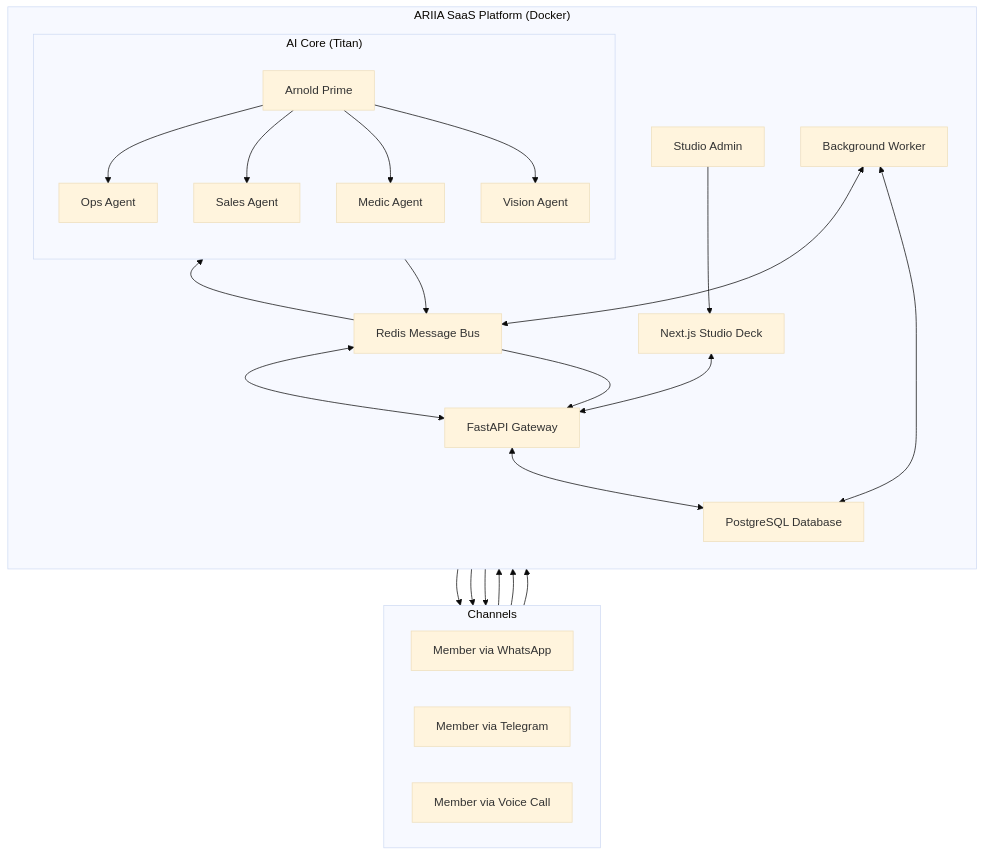
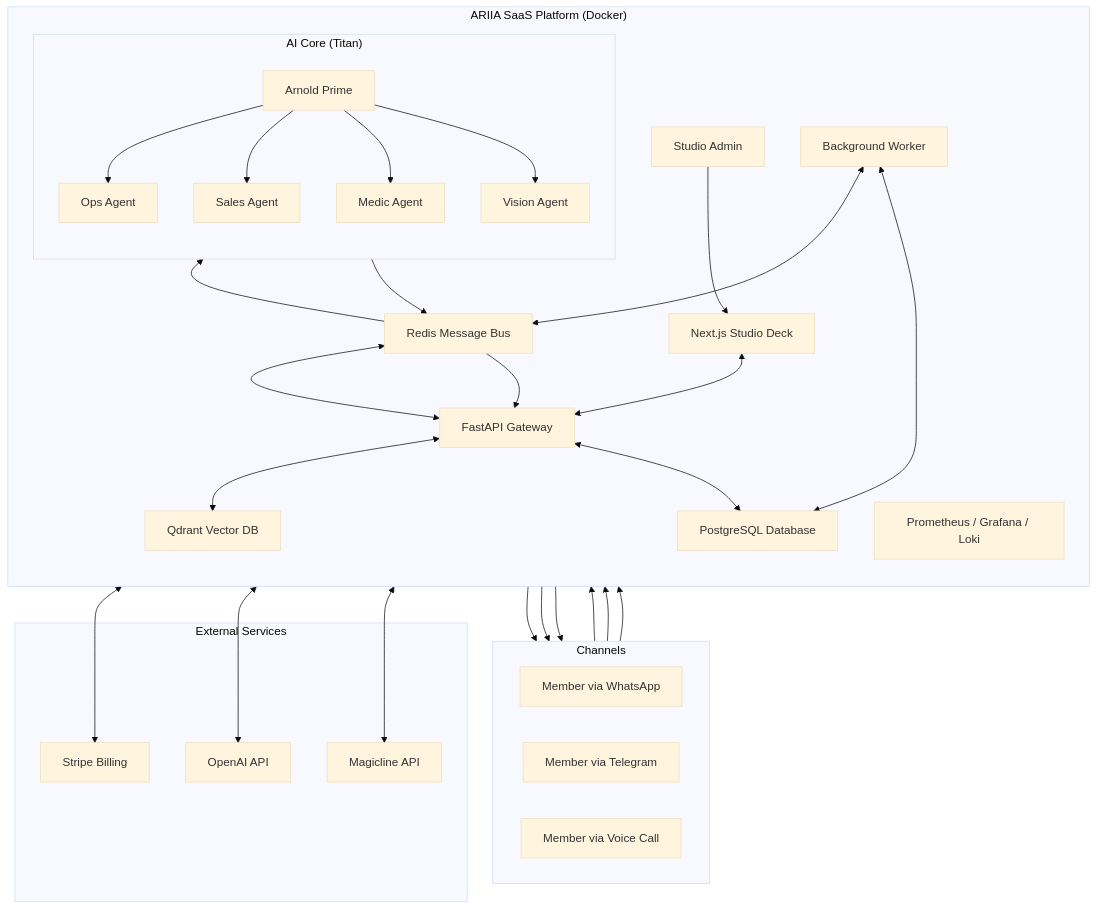
Before and after one commit to DamienDrash/arni: the diagram in README.md, drawn with Mermaid (base theme). The commit also changed other lines of this file and 15 other files, not shown here.

````diff
--- a/README.md
+++ b/README.md
@@ -29,41 +33,54 @@
 ```mermaid
 graph TD
     subgraph "Channels"
         direction LR
         User_WA[Member via WhatsApp]
         User_TG[Member via Telegram]
         User_Voice[Member via Voice Call]
     end
 
     subgraph "ARIIA SaaS Platform (Docker)"
         direction TB
         Gateway[FastAPI Gateway]
         Redis[Redis Message Bus]
         Frontend[Next.js Studio Deck]
         Postgres[PostgreSQL Database]
+        Qdrant[Qdrant Vector DB]
         Worker[Background Worker]
+        Monitoring[Prometheus / Grafana / Loki]
         
         subgraph "AI Core (Titan)"
             direction TB
             Orchestrator[Arnold Prime]
             Agent_Ops[Ops Agent]
             Agent_Sales[Sales Agent]
             Agent_Medic[Medic Agent]
             Agent_Vision[Vision Agent]
             Orchestrator --> Agent_Ops & Agent_Sales & Agent_Medic & Agent_Vision
         end
 
         User_WA & User_TG & User_Voice --> Gateway
         Gateway <--> Redis
         Redis --> Orchestrator
         Orchestrator --> Redis
         Redis --> Gateway
         Gateway --> User_WA & User_TG & User_Voice
         
         Admin[Studio Admin] --> Frontend
         Frontend <--> Gateway
         Gateway <--> Postgres
+        Gateway <--> Qdrant
         Worker <--> Postgres
         Worker <--> Redis
     end
+
+    subgraph "External Services"
+        Stripe[Stripe Billing]
+        OpenAI[OpenAI API]
+        Magicline[Magicline API]
+    end
+
+    Gateway <--> Stripe
+    Orchestrator <--> OpenAI
+    Worker <--> Magicline
 ```
````
